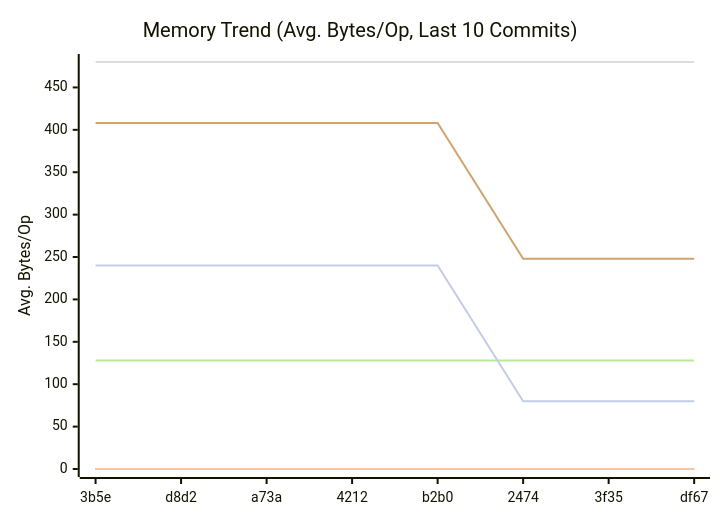
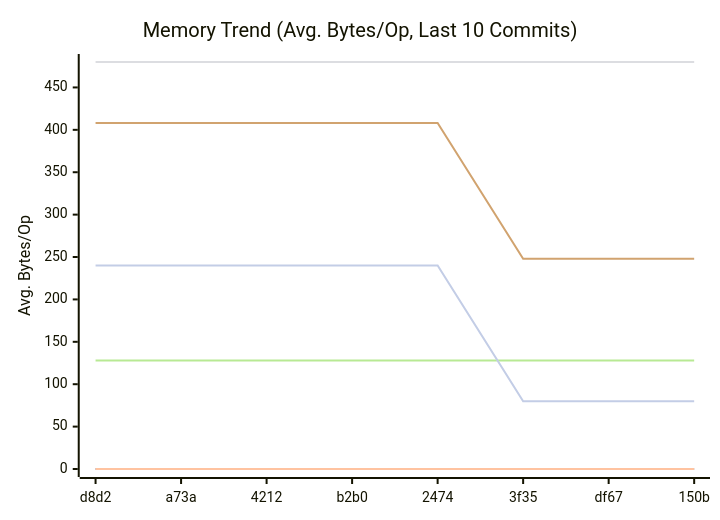
Before and after one commit to alsotoes/momo: the second of 3 diagrams in docs/README.md, drawn with Mermaid. The commit also changed other lines of this file and 1 other file, not shown here.

````diff
--- a/docs/README.md
+++ b/docs/README.md
@@ -157,14 +157,14 @@
 ```mermaid
 xychart-beta
     title "Memory Trend (Avg. Bytes/Op, Last 10 Commits)"
     x-axis "Commit"
     y-axis "Avg. Bytes/Op"
-    x-axis [3b5e,d8d2,a73a,4212,b2b0,2474,3f35,df67]
+    x-axis [d8d2,a73a,4212,b2b0,2474,3f35,df67,150b]
     line "CheckMetricsAndSwap" [0,0,0,0,0,0,0,0,0,0]
     line "IndexDirectTracking" [0,0,0,0,0,0,0,0,0,0]
     line "IndexSearch" [0,0,0,0,0,0,0,0,0,0]
-    line "LoadGlobalConfig" [480,480,480,480,480,480,480,480,480,240]
-    line "PadString" [128,128,128,128,128,128,128,128,128,128]
+    line "LoadGlobalConfig" [480,480,480,480,480,480,480,480,240,240]
+    line "PadString" [128,128,128,128,128,128,128,128,128,64]
     line "ParseReplicationOrder_NoPrealloc" [408,408,408,408,408,248,248,248,248,248]
     line "ParseReplicationOrder_Prealloc" [240,240,240,240,240,80,80,80,80,80]
 ```
````
